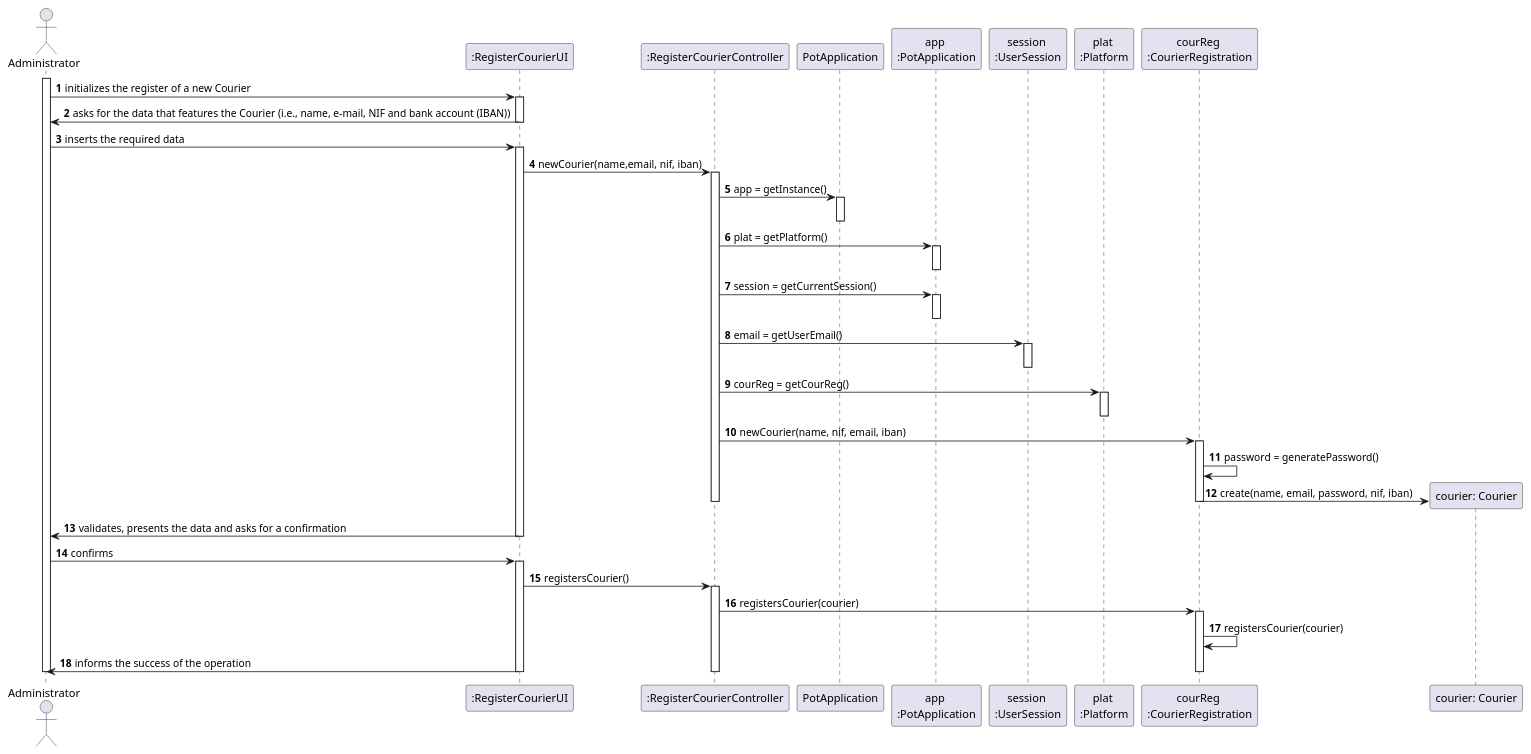
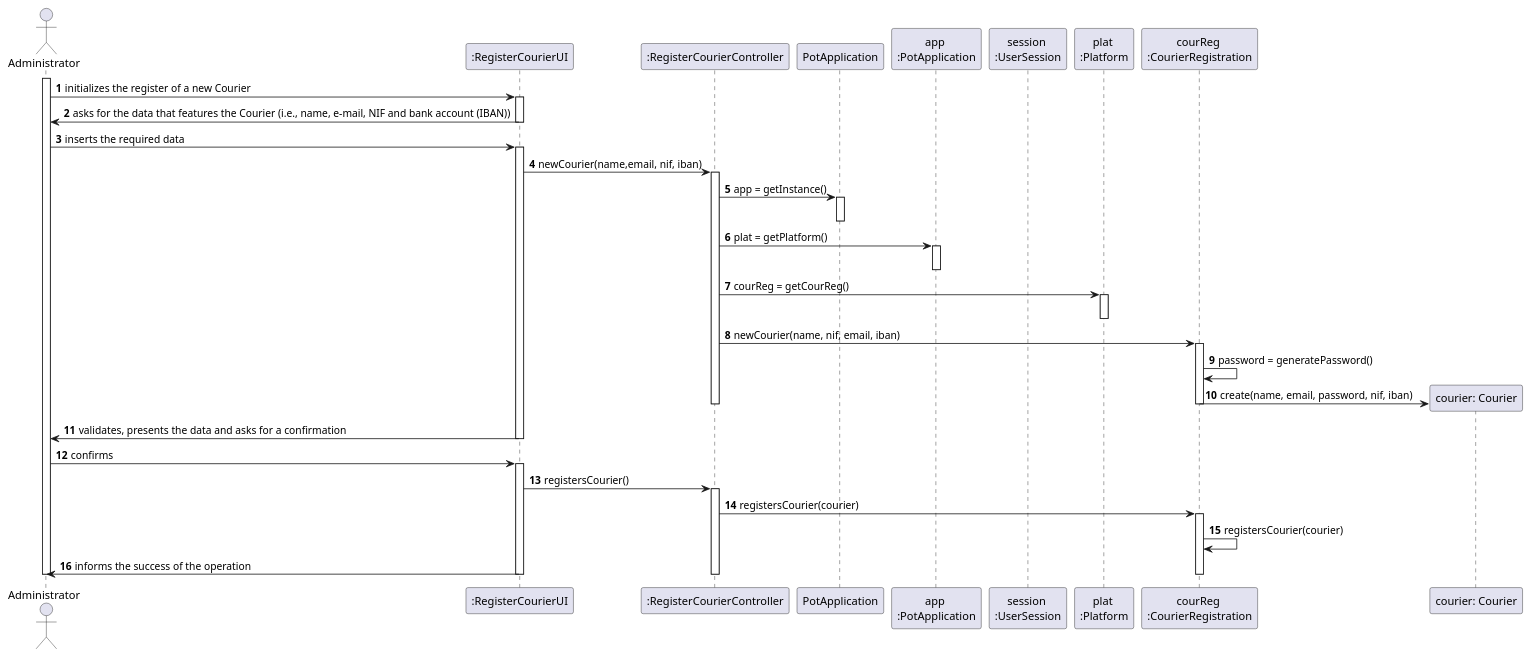
Before and after one commit to tiagoavcosta25/LAPR3: the diagram in docs/Iteration 1/Courier Management/US19_RegisterCourier/US19_SD.puml, drawn with PlantUML. The commit also changed 27 other files, not shown here.

```diff
--- a/docs/Iteration 1/Courier Management/US19_RegisterCourier/US19_SD.puml
+++ b/docs/Iteration 1/Courier Management/US19_RegisterCourier/US19_SD.puml
@@ -1,67 +1,61 @@
 @startuml
 autonumber
 actor "Administrator" as ADMIN
 
 participant ":RegisterCourierUI" as UI
 participant ":RegisterCourierController" as CTRL
 participant "PotApplication" as PA
 participant "app \n:PotApplication" as APA
 participant "session \n:UserSession" as US
 participant "plat \n:Platform" as PLAT
 participant "courReg \n:CourierRegistration" as RF
 participant "courier: Courier" as CR
 
 
 
 activate ADMIN
 
 ADMIN -> UI : initializes the register of a new Courier
 activate UI
 UI -> ADMIN : asks for the data that features the Courier (i.e., name, e-mail, NIF and bank account (IBAN))
 deactivate UI
 
 ADMIN -> UI : inserts the required data
 activate UI
 UI -> CTRL : newCourier(name,email, nif, iban)
 activate CTRL
 CTRL -> PA : app = getInstance()
 activate PA
 deactivate PA
 CTRL -> APA : plat = getPlatform()
 activate APA
 deactivate APA
-CTRL -> APA : session = getCurrentSession()
-activate APA
-deactivate APA
-CTRL -> US : email = getUserEmail()
-activate US
-deactivate US
 CTRL -> PLAT : courReg = getCourReg()
 activate PLAT
 deactivate PLAT
 CTRL -> RF : newCourier(name, nif, email, iban)
 activate RF
 RF -> RF : password = generatePassword()
 RF -> CR ** : create(name, email, password, nif, iban)
 deactivate RF
 deactivate CTRL
 
 
 UI -> ADMIN : validates, presents the data and asks for a confirmation
 deactivate UI
 
 ADMIN -> UI : confirms
 activate UI
 UI -> CTRL : registersCourier()
 activate CTRL
 CTRL -> RF : registersCourier(courier)
 activate RF
 RF -> RF : registersCourier(courier)
 UI -> ADMIN : informs the success of the operation
 deactivate RF
 deactivate CTRL
 deactivate UI
 
 deactivate ADMIN
 
 @enduml
```
